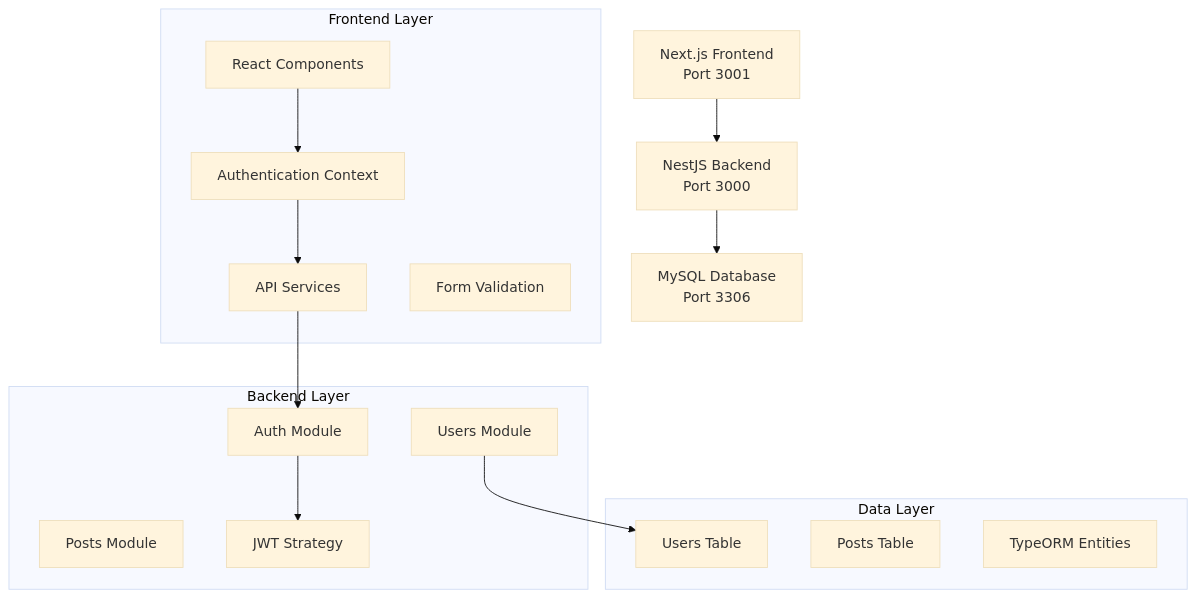
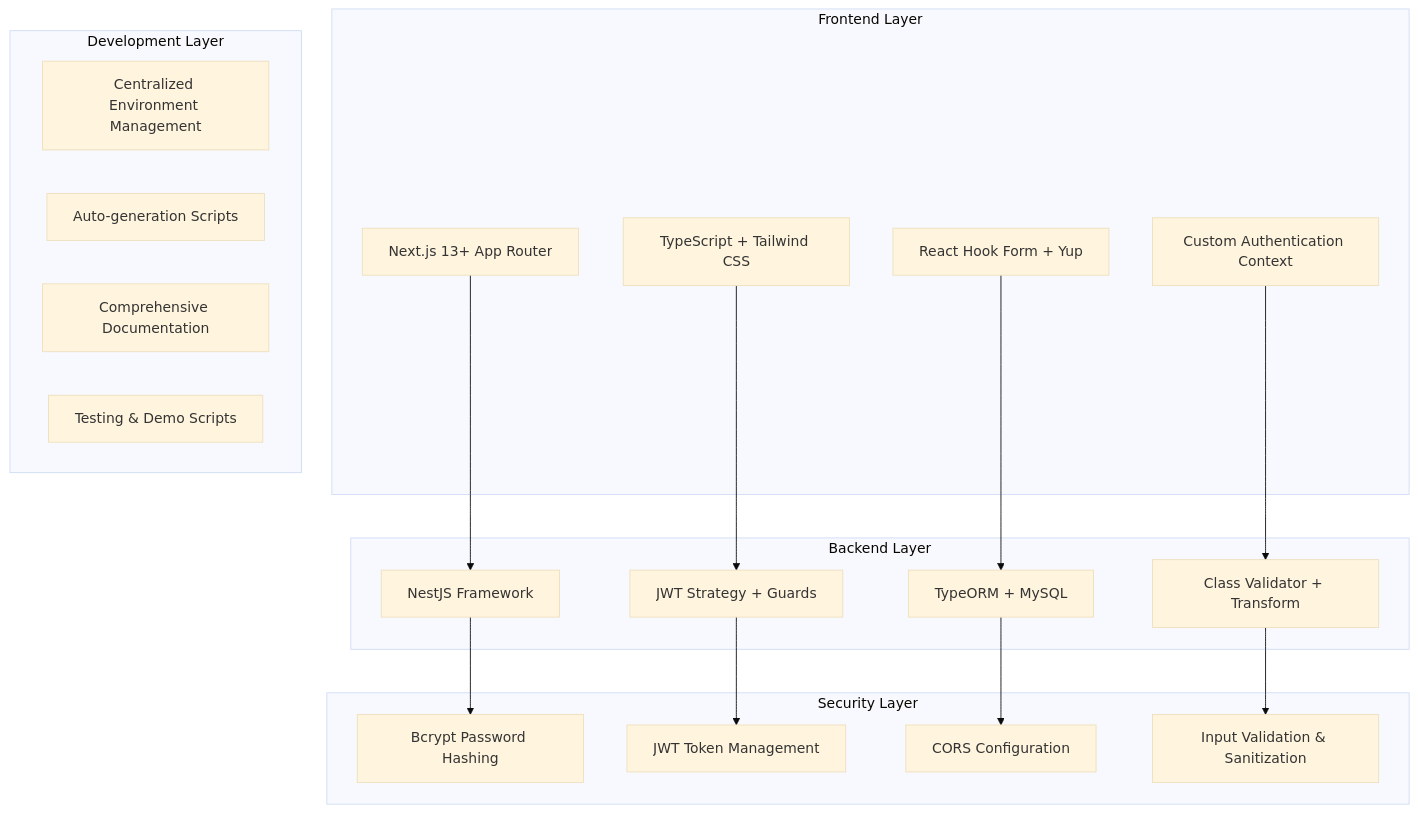
The first of 2 diagrams in README.md (dotuananhtb/Blog_Project), drawn with Mermaid (base theme) before and after one commit. The commit also changed other lines of this file and 1 other file, not shown here.

First line of the commit message:
Rebuild scientific README system with hierarchical documentation

````diff
--- a/README.md
+++ b/README.md
@@ -78,31 +115,39 @@
 ```mermaid
 graph TB
-    A[Next.js Frontend<br/>Port 3001] --> B[NestJS Backend<br/>Port 3000]
-    B --> C[MySQL Database<br/>Port 3306]
-
     subgraph "Frontend Layer"
-        A1[React Components]
-        A2[Authentication Context]
-        A3[API Services]
-        A4[Form Validation]
+        A[Next.js 13+ App Router]
+        B[TypeScript + Tailwind CSS]
+        C[React Hook Form + Yup]
+        D[Custom Authentication Context]
     end
 
     subgraph "Backend Layer"
-        B1[Auth Module]
-        B2[Users Module]
-        B3[Posts Module]
-        B4[JWT Strategy]
+        E[NestJS Framework]
+        F[JWT Strategy + Guards]
+        G[TypeORM + MySQL]
+        H[Class Validator + Transform]
     end
 
-    subgraph "Data Layer"
-        C1[Users Table]
-        C2[Posts Table]
-        C3[TypeORM Entities]
+    subgraph "Security Layer"
+        I[Bcrypt Password Hashing]
+        J[JWT Token Management]
+        K[CORS Configuration]
+        L[Input Validation & Sanitization]
     end
 
-    A1 --> A2
-    A2 --> A3
-    A3 --> B1
-    B1 --> B4
-    B2 --> C1
+    subgraph "Development Layer"
+        M[Centralized Environment Management]
+        N[Auto-generation Scripts]
+        O[Comprehensive Documentation]
+        P[Testing & Demo Scripts]
+    end
+
+    A --> E
+    B --> F
+    C --> G
+    D --> H
+    E --> I
+    F --> J
+    G --> K
+    H --> L
 ```
````
